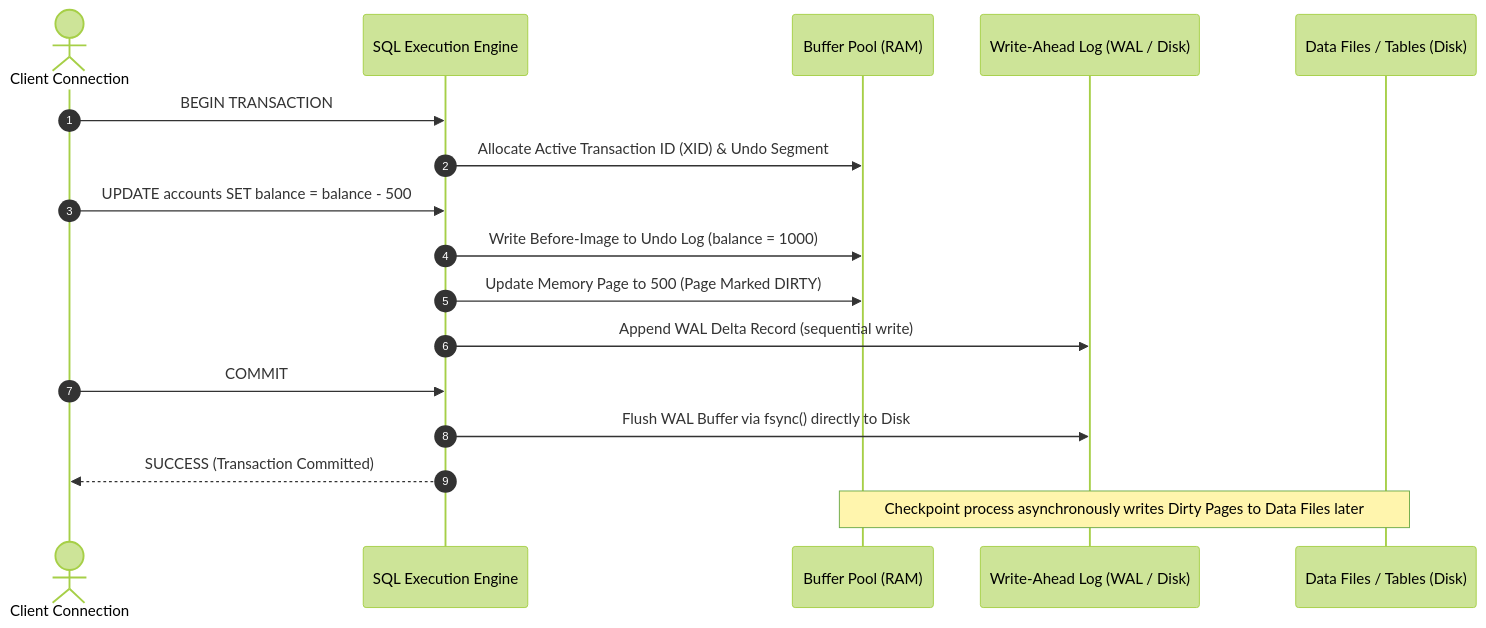
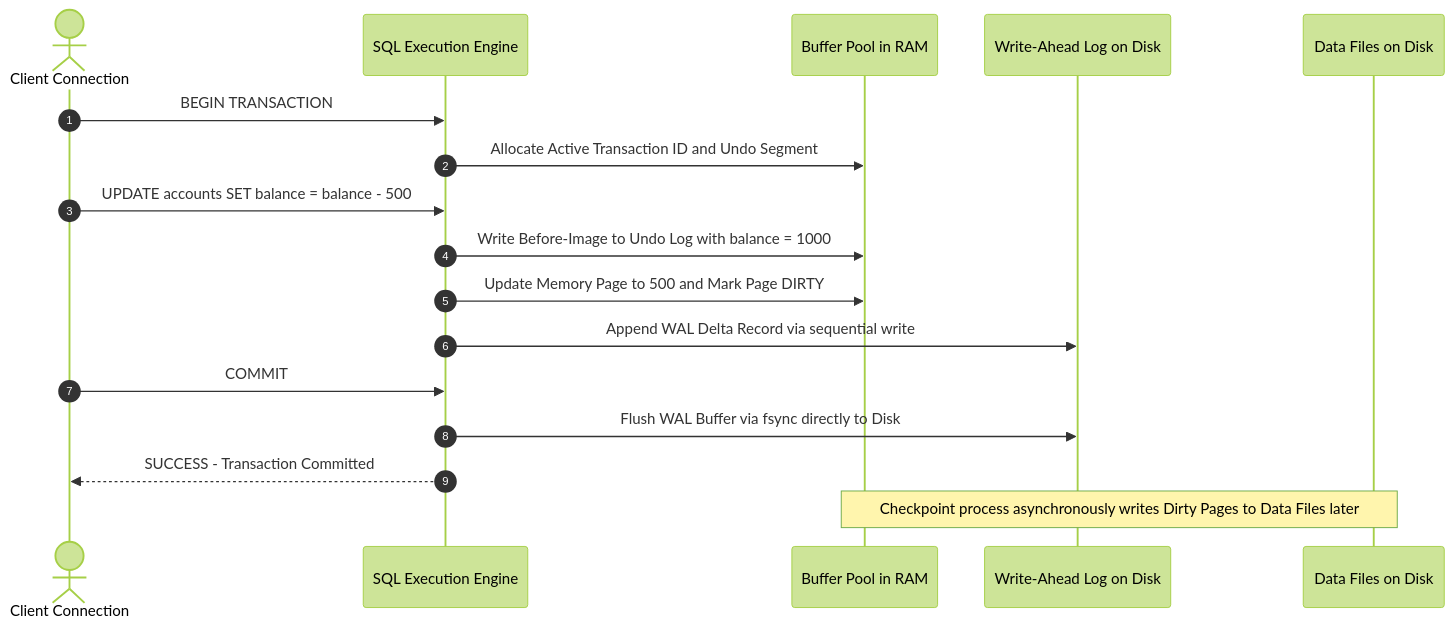
One commit to AkmKawser/Database-Management-System changed the third of 6 diagrams in Skills_Output/query/003_dcl_tcl_acid_properties_internals.md. Above: the diagram before and after it, drawn with Mermaid (forest theme). The commit also changed other lines of this file and 11 other files, not shown here.

Commit message:
Fix Mermaid got PS parser error by double-quoting all node labels, upgrade audit_rendering.py, and codify global source attribution & simplification rules

````diff
--- a/Skills_Output/query/003_dcl_tcl_acid_properties_internals.md
+++ b/Skills_Output/query/003_dcl_tcl_acid_properties_internals.md
@@ -111,20 +116,20 @@
 ```mermaid
 sequenceDiagram
     autonumber
     actor App as Client Connection
     participant Engine as SQL Execution Engine
-    participant RAM as Buffer Pool (RAM)
-    participant WAL as Write-Ahead Log (WAL / Disk)
-    participant Data as Data Files / Tables (Disk)
+    participant RAM as Buffer Pool in RAM
+    participant WAL as Write-Ahead Log on Disk
+    participant Data as Data Files on Disk
 
     App->>Engine: BEGIN TRANSACTION
-    Engine->>RAM: Allocate Active Transaction ID (XID) & Undo Segment
+    Engine->>RAM: Allocate Active Transaction ID and Undo Segment
     App->>Engine: UPDATE accounts SET balance = balance - 500
-    Engine->>RAM: Write Before-Image to Undo Log (balance = 1000)
-    Engine->>RAM: Update Memory Page to 500 (Page Marked DIRTY)
-    Engine->>WAL: Append WAL Delta Record (sequential write)
+    Engine->>RAM: Write Before-Image to Undo Log with balance = 1000
+    Engine->>RAM: Update Memory Page to 500 and Mark Page DIRTY
+    Engine->>WAL: Append WAL Delta Record via sequential write
     App->>Engine: COMMIT
-    Engine->>WAL: Flush WAL Buffer via fsync() directly to Disk
-    Engine-->>App: SUCCESS (Transaction Committed)
+    Engine->>WAL: Flush WAL Buffer via fsync directly to Disk
+    Engine-->>App: SUCCESS - Transaction Committed
     Note over RAM,Data: Checkpoint process asynchronously writes Dirty Pages to Data Files later
 ```
````
